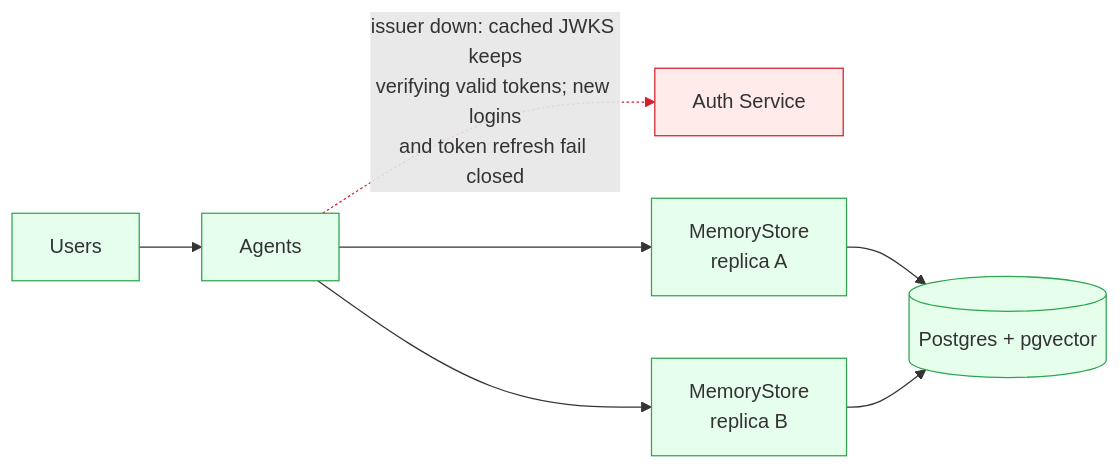
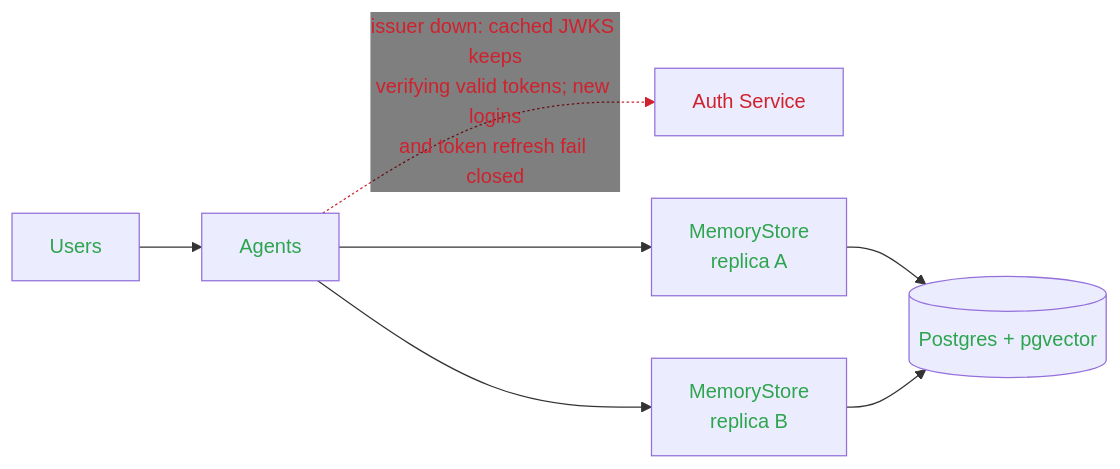
The eighth of 8 diagrams in memory/blog/BLOGPOST_DRAFT_PART_3.md (axsaucedo/kaos-adrs), drawn with Mermaid before and after one commit. The commit also changed other lines of this file, not shown here.

First line of the commit message:
blog(part3): failure diagrams mark state by text colour and drop edge-label boxes

````diff
--- a/memory/blog/BLOGPOST_DRAFT_PART_3.md
+++ b/memory/blog/BLOGPOST_DRAFT_PART_3.md
@@ -333,15 +337,16 @@
 ```mermaid
+%%{init: {"themeVariables": {"edgeLabelBackground": "transparent"}}}%%
 flowchart LR
   U["Users"] --> A["Agents"]
   A -.->|"issuer down: cached JWKS keeps<br/>verifying valid tokens; new logins<br/>and token refresh fail closed"| AS["Auth Service"]
   A --> R1["MemoryStore<br/>replica A"]
   A --> R2["MemoryStore<br/>replica B"]
   R1 --> PG[("Postgres + pgvector")]
   R2 --> PG
-  classDef down fill:#ffebe9,stroke:#cf222e;
-  classDef warn fill:#fff8c5,stroke:#d4a72c;
-  classDef ok fill:#e6ffed,stroke:#2da44e;
+  classDef down color:#cf222e;
+  classDef warn color:#d4a72c;
+  classDef ok color:#2da44e;
   class AS down;
   class U,A,R1,R2,PG ok;
-  linkStyle 1 stroke:#cf222e
+  linkStyle 1 stroke:#cf222e,color:#cf222e
 ```
````
